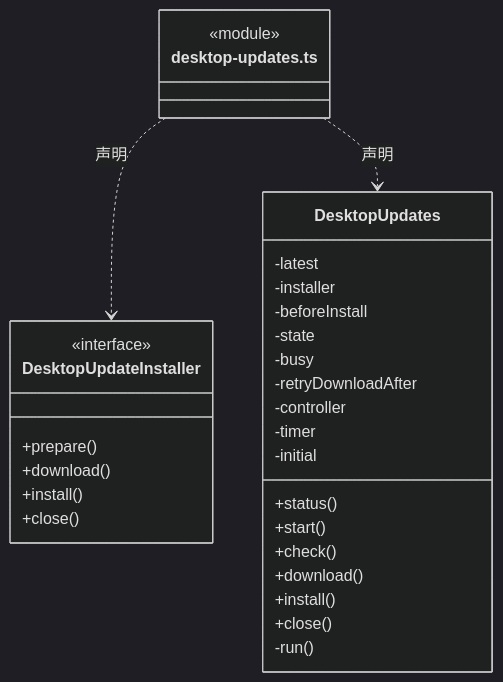
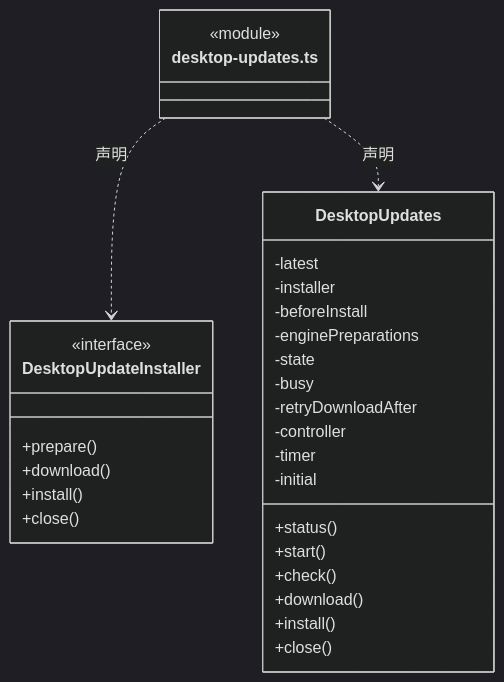
The second of 21 diagrams in src/backend/updater/ARCHITECTURE.md (nan023062/cbim), drawn with Mermaid (dark theme) before and after one commit. The commit also changed other lines of this file and 104 other files, not shown here.

````diff
--- a/src/backend/updater/ARCHITECTURE.md
+++ b/src/backend/updater/ARCHITECTURE.md
@@ -41,33 +48,33 @@
 ```mermaid
 classDiagram
 class N_src_backend_updater_desktop_updates_ts["desktop-updates.ts"] {
   <<module>>
 }
 class N_src_backend_updater_desktop_updates_ts_DesktopUpdateInstaller["DesktopUpdateInstaller"] {
   <<interface>>
   +prepare()
   +download()
   +install()
   +close()
 }
 N_src_backend_updater_desktop_updates_ts ..> N_src_backend_updater_desktop_updates_ts_DesktopUpdateInstaller : 声明
 class N_src_backend_updater_desktop_updates_ts_DesktopUpdates["DesktopUpdates"] {
   +status()
   +start()
   +check()
   +download()
   +install()
   +close()
   -latest
   -installer
   -beforeInstall
+  -enginePreparations
   -state
   -busy
   -retryDownloadAfter
   -controller
   -timer
   -initial
-  -run()
 }
 N_src_backend_updater_desktop_updates_ts ..> N_src_backend_updater_desktop_updates_ts_DesktopUpdates : 声明
 ```
````
